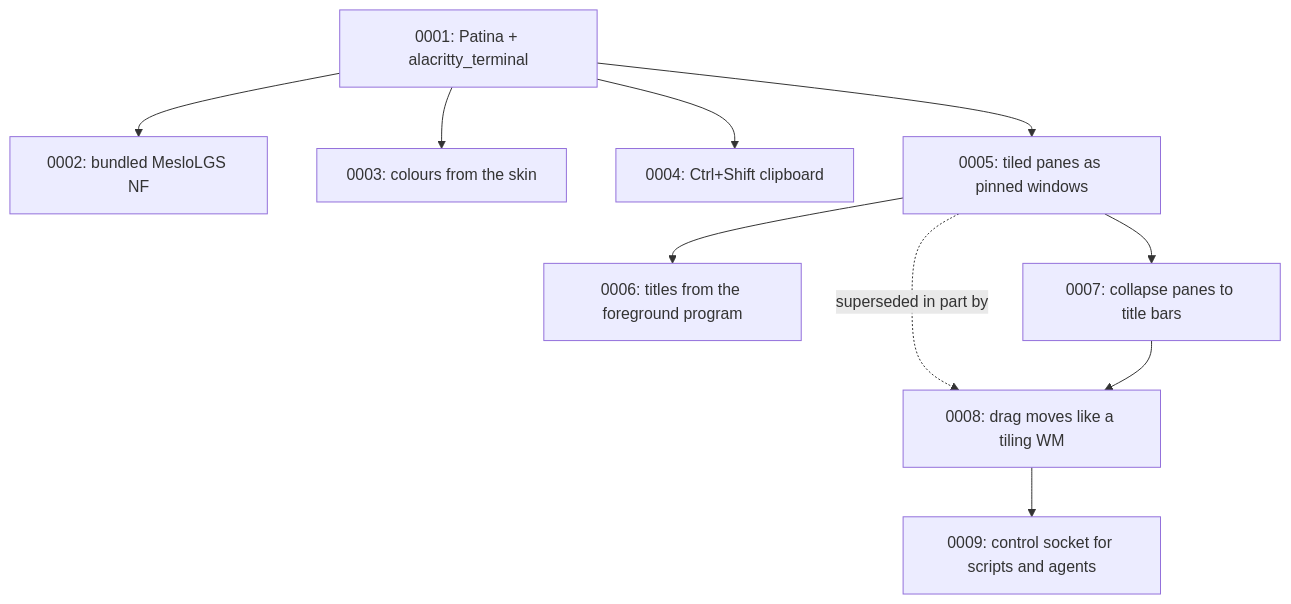
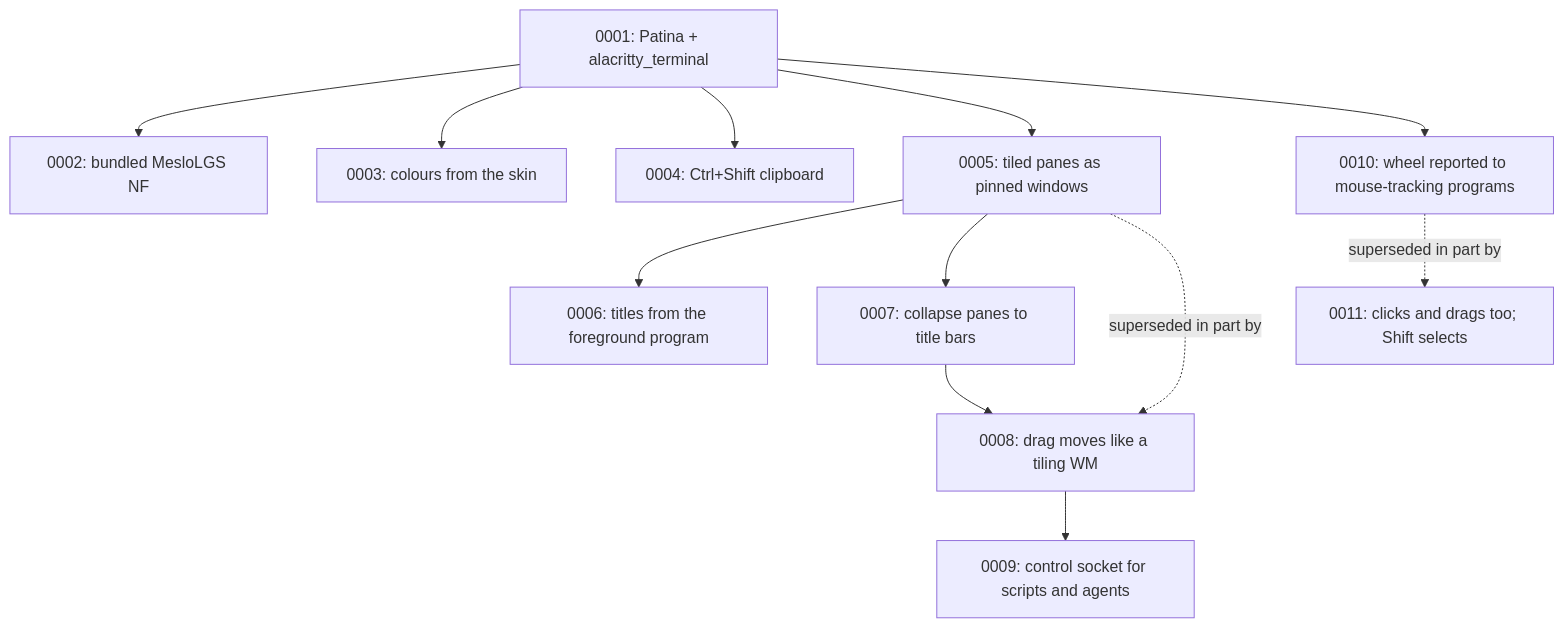
Before and after one commit to Sector-F-Labs/teleprinter: the diagram in docs/adr/README.md, drawn with Mermaid. The commit also changed other lines of this file and 5 other files, not shown here.

Commit message:
Report the mouse to programs that track it; Shift keeps it for selection

````diff
--- a/docs/adr/README.md
+++ b/docs/adr/README.md
@@ -57,12 +59,14 @@
 ```mermaid
 flowchart TD
     A[0001: Patina + alacritty_terminal] --> B[0002: bundled MesloLGS NF]
     A --> C[0003: colours from the skin]
     A --> D[0004: Ctrl+Shift clipboard]
     A --> E[0005: tiled panes as pinned windows]
     E --> F[0006: titles from the foreground program]
     E --> G[0007: collapse panes to title bars]
     E -.superseded in part by.-> H[0008: drag moves like a tiling WM]
     G --> H
     H --> I[0009: control socket for scripts and agents]
+    A --> J[0010: wheel reported to mouse-tracking programs]
+    J -.superseded in part by.-> K[0011: clicks and drags too; Shift selects]
 ```
````
